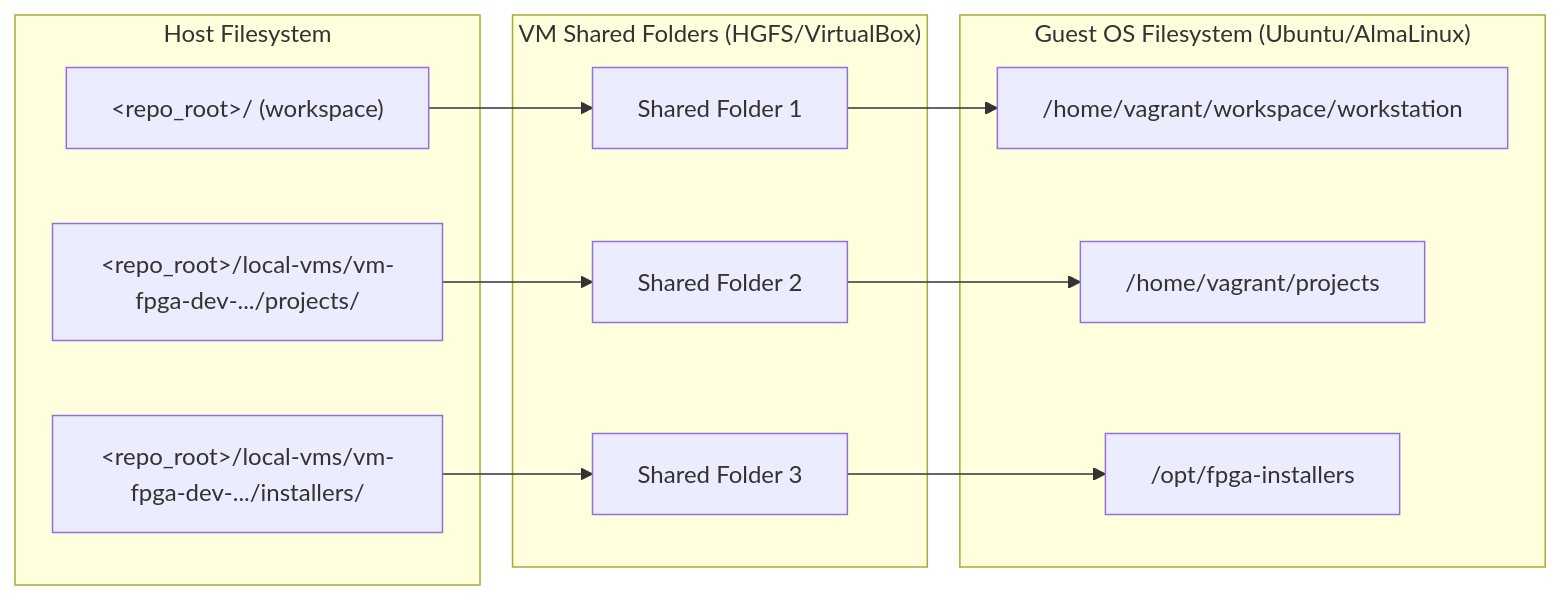
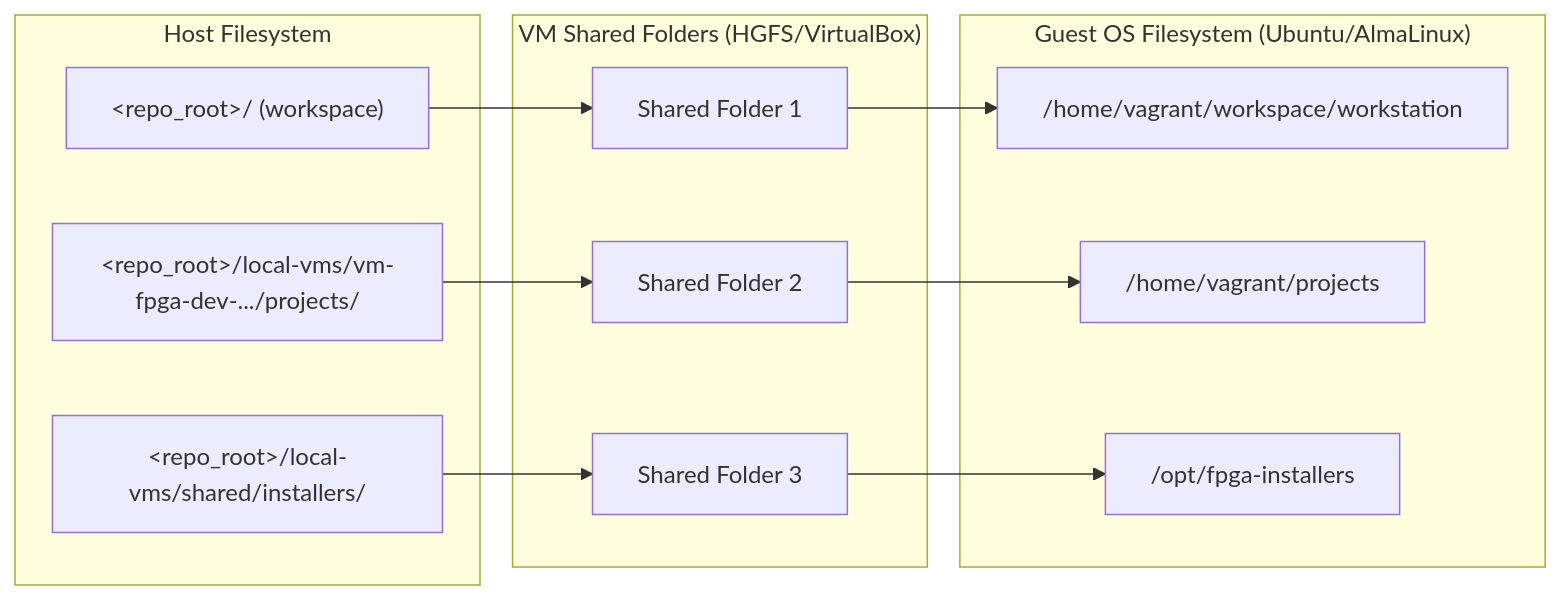
One commit to bleviet/workstation changed the diagram in docs/provisioning/fpga-vms.md. Above: the diagram before and after it, drawn with Mermaid. The commit also changed other lines of this file and 19 other files, not shown here.

Commit message:
feat(fpga): add shared Quartus Lite provisioning

````diff
--- a/docs/provisioning/fpga-vms.md
+++ b/docs/provisioning/fpga-vms.md
@@ -62,18 +66,18 @@
 ```mermaid
 flowchart LR
     subgraph Host ["Host Filesystem"]
         H1["&lt;repo_root&gt;/ (workspace)"]
         H2["&lt;repo_root&gt;/local-vms/vm-fpga-dev-.../projects/"]
-        H3["&lt;repo_root&gt;/local-vms/vm-fpga-dev-.../installers/"]
+        H3["&lt;repo_root&gt;/local-vms/shared/installers/"]
     end
     subgraph Hypervisor ["VM Shared Folders (HGFS/VirtualBox)"]
         H1 --> SF1["Shared Folder 1"]
         H2 --> SF2["Shared Folder 2"]
         H3 --> SF3["Shared Folder 3"]
     end
     subgraph Guest ["Guest OS Filesystem (Ubuntu/AlmaLinux)"]
         SF1 --> G1["/home/vagrant/workspace/workstation"]
         SF2 --> G2["/home/vagrant/projects"]
         SF3 --> G3["/opt/fpga-installers"]
     end
 ```
````
